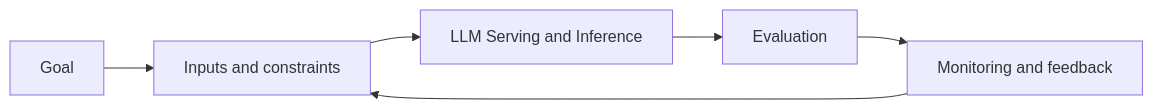
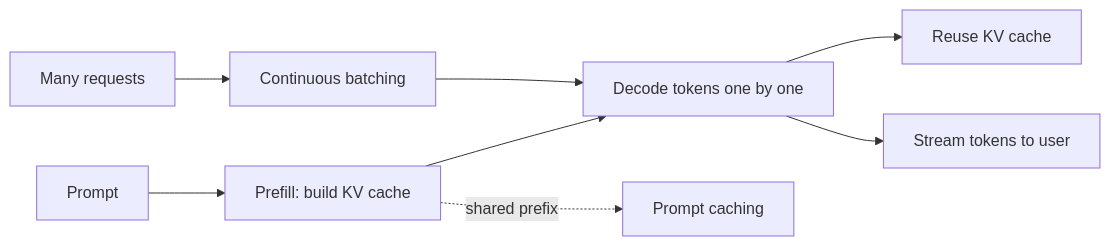
The diagram in llms/15-llm-serving-and-inference.md (Icon1cc/Machine-Learning), drawn with Mermaid before and after one commit. The commit also changed other lines of this file and 118 other files, not shown here.

````diff
--- a/llms/15-llm-serving-and-inference.md
+++ b/llms/15-llm-serving-and-inference.md
@@ -93,8 +73,10 @@
 ```mermaid
 flowchart LR
-    A[Goal] --> B[Inputs and constraints]
-    B --> C[LLM Serving and Inference]
-    C --> D[Evaluation]
-    D --> E[Monitoring and feedback]
-    E --> B
+    A[Prompt] --> B[Prefill: build KV cache]
+    B --> C[Decode tokens one by one]
+    C --> D[Reuse KV cache]
+    C --> E[Stream tokens to user]
+    F[Many requests] --> G[Continuous batching]
+    G --> C
+    B -. shared prefix .-> H[Prompt caching]
 ```
````
